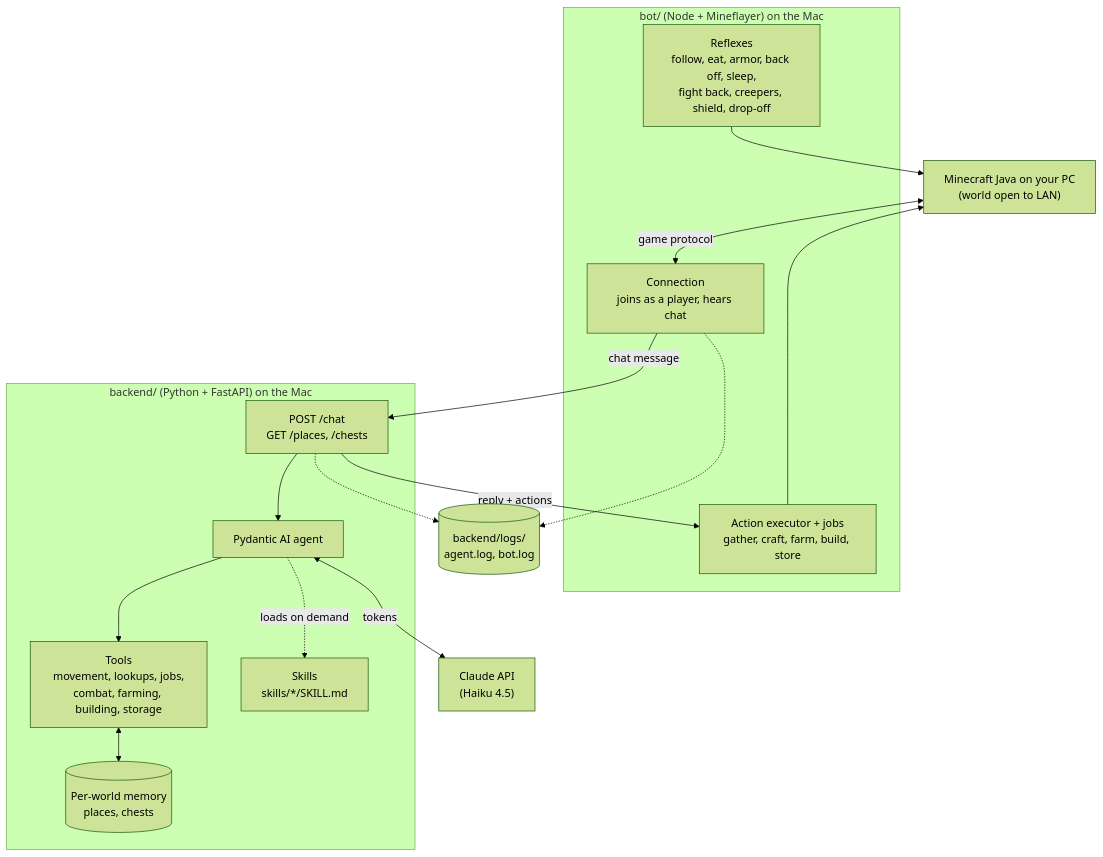
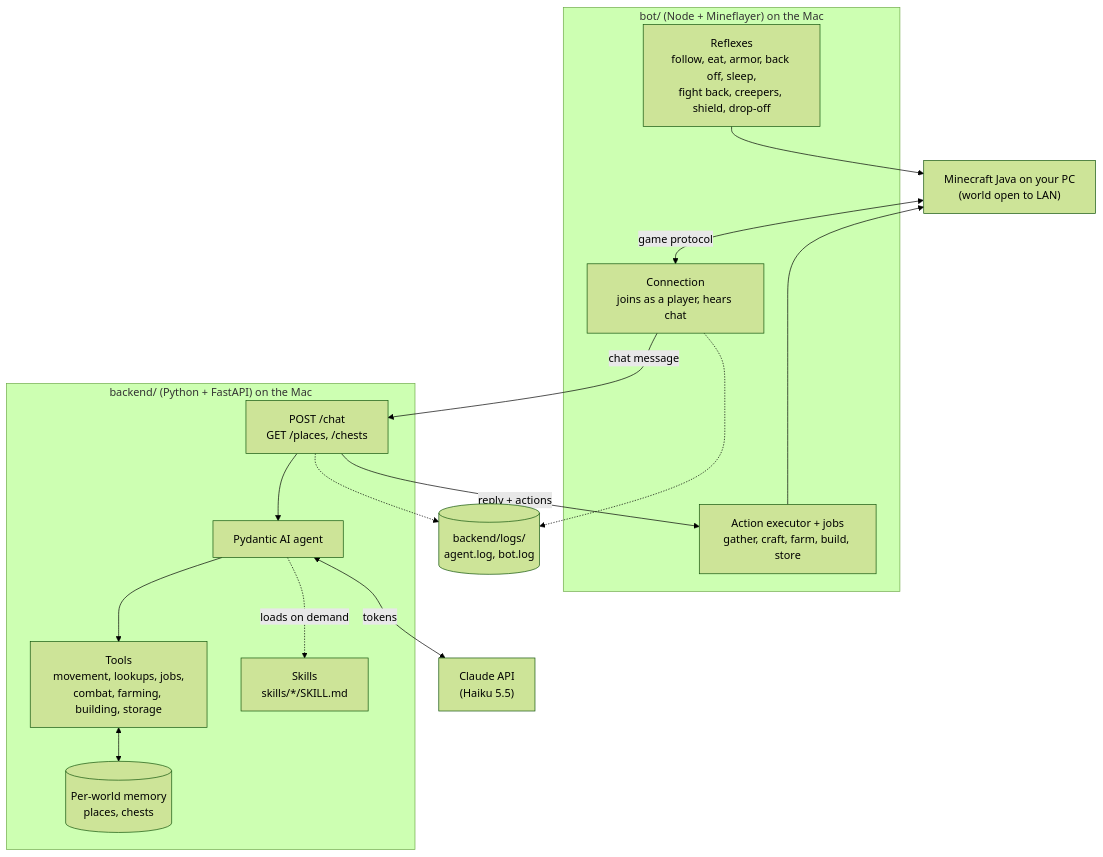
Before and after one commit to tascoma/minecraft-agent: the first of 4 diagrams in docs/architecture.md, drawn with Mermaid (forest theme). The commit also changed 4 other files, not shown here.

````diff
--- a/docs/architecture.md
+++ b/docs/architecture.md
@@ -11,34 +11,34 @@
 ```mermaid
 flowchart TB
     MC["Minecraft Java on your PC<br/>(world open to LAN)"]
 
     subgraph BOT["bot/ (Node + Mineflayer) on the Mac"]
         conn["Connection<br/>joins as a player, hears chat"]
         reflex["Reflexes<br/>follow, eat, armor, back off, sleep,<br/>fight back, creepers, shield, drop-off"]
         exec["Action executor + jobs<br/>gather, craft, farm, build, store"]
     end
 
     subgraph BACKEND["backend/ (Python + FastAPI) on the Mac"]
         route["POST /chat<br/>GET /places, /chests"]
         agent["Pydantic AI agent"]
         tools["Tools<br/>movement, lookups, jobs,<br/>combat, farming, building, storage"]
         memory[("Per-world memory<br/>places, chests")]
         skills["Skills<br/>skills/*/SKILL.md"]
     end
 
-    CLAUDE["Claude API<br/>(Haiku 4.5)"]
+    CLAUDE["Claude API<br/>(Haiku 5.5)"]
     logs[("backend/logs/<br/>agent.log, bot.log")]
 
     MC <-->|"game protocol"| conn
     conn -->|"chat message"| route
     route --> agent
     agent <-->|"tokens"| CLAUDE
     agent --> tools
     tools <--> memory
     agent -.->|"loads on demand"| skills
     route -->|"reply + actions"| exec
     exec --> MC
     reflex --> MC
     conn -.-> logs
     route -.-> logs
 ```
````
